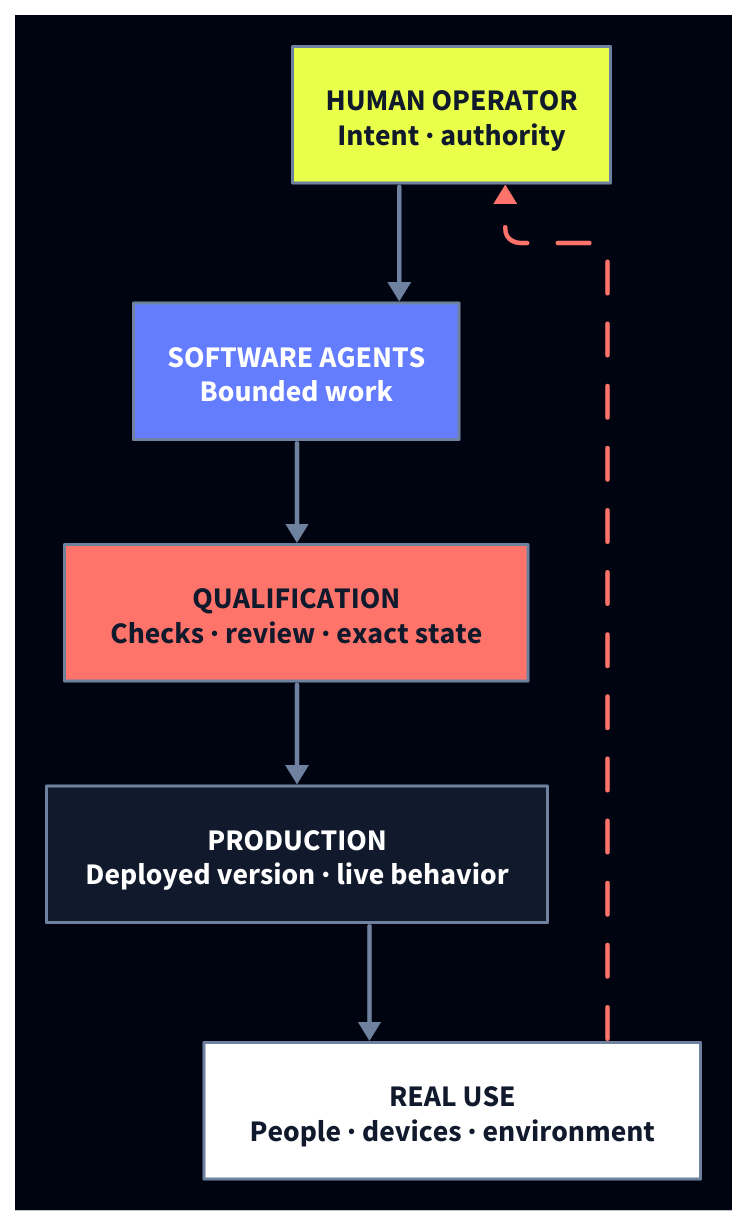
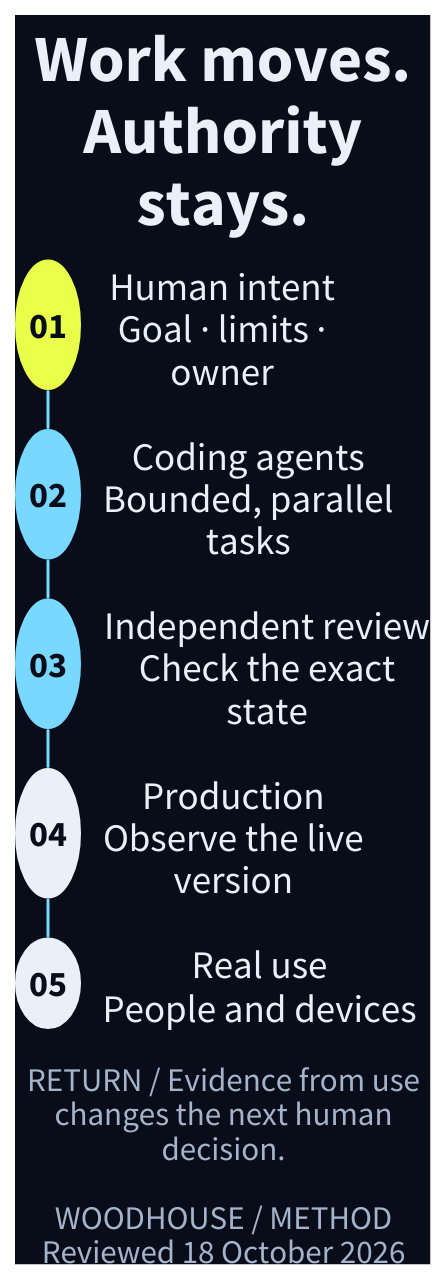
Before and after one commit to loftwah/woodhouse-new: the diagram in public/diagrams/factory-flow-mobile.d2, drawn with D2. The commit also changed 83 other files, not shown here.

Commit message:
Rebuild Woodhouse technical plates and the founding feature

```diff
--- a/public/diagrams/factory-flow-mobile.d2
+++ b/public/diagrams/factory-flow-mobile.d2
@@ -1,59 +1,135 @@
+# Woodhouse authored technical plate. Reviewed 18 October 2026.
+# Shape grammar: text = work; circle = responsibility; diamond = decision;
+# labelled stop = evidence boundary; dashed line = return or conditional path.
+# This is a method/relationship, not a claim that every project passed it.
+vars: {d2-config: {layout-engine: elk; theme-id: 0; pad: 16}}
+style.fill: "#080D19"
 direction: down
-vars: {
-  d2-config: {
-    layout-engine: elk
-    theme-id: 201
-  }
-}
+grid-rows: 5
+grid-columns: 2
+horizontal-gap: 16
+vertical-gap: 28
 
-human: Human operator {
-  label: "HUMAN OPERATOR\nIntent · authority"
-  style.fill: "#E9FF49"
-  style.stroke: "#6E819F"
-  style.stroke-width: 2
-  style.font-color: "#111A2C"
-  style.font-size: 20
+plate_title: "Work moves.\nAuthority\nstays." {
+  shape: text
+  style.font-color: "#EAF0FA"
+  style.font-size: 44
+  style.fill: "transparent"
+  style.stroke: "#EAF0FA"
+  style.stroke-width: 0
   style.bold: true
 }
-agents: Software agents {
-  label: "SOFTWARE AGENTS\nBounded work"
-  style.fill: "#647DFF"
-  style.stroke: "#6E819F"
+plate_title.near: top-center
+r0: "01" {
+  label.near: center-center
+  shape: circle
+  style.font-color: "#080D19"
+  style.font-size: 24
+  style.fill: "#E9FF49"
+  style.stroke: "#E9FF49"
   style.stroke-width: 2
-  style.font-color: "#FFFFFF"
-  style.font-size: 20
+  width: 42
+  height: 42
   style.bold: true
 }
-qualification: Qualification {
-  label: "QUALIFICATION\nChecks · review · exact state"
-  style.fill: "#FF746A"
-  style.stroke: "#6E819F"
+t0: "Human intent\nGoal · limits ·\nowner" {
+  shape: text
+  style.font-color: "#EAF0FA"
+  style.font-size: 26
+  style.fill: "transparent"
+  style.stroke: "#EAF0FA"
+  style.stroke-width: 0
+}
+r1: "02" {
+  label.near: center-center
+  shape: circle
+  style.font-color: "#080D19"
+  style.font-size: 24
+  style.fill: "#79D8FF"
+  style.stroke: "#79D8FF"
   style.stroke-width: 2
-  style.font-color: "#111A2C"
-  style.font-size: 20
+  width: 42
+  height: 42
   style.bold: true
 }
-release: Production release {
-  label: "PRODUCTION\nDeployed version · live behavior"
-  style.fill: "#111A2C"
-  style.stroke: "#6E819F"
+t1: "Coding agents\nBounded, parallel\ntasks" {
+  shape: text
+  style.font-color: "#EAF0FA"
+  style.font-size: 26
+  style.fill: "transparent"
+  style.stroke: "#EAF0FA"
+  style.stroke-width: 0
+}
+r2: "03" {
+  label.near: center-center
+  shape: circle
+  style.font-color: "#080D19"
+  style.font-size: 24
+  style.fill: "#79D8FF"
+  style.stroke: "#79D8FF"
   style.stroke-width: 2
-  style.font-color: "#FFFFFF"
-  style.font-size: 20
+  width: 42
+  height: 42
   style.bold: true
 }
-reality: Real use {
-  label: "REAL USE\nPeople · devices · environment"
-  style.fill: "#FFFFFF"
-  style.stroke: "#6E819F"
+t2: "Independent review\nCheck the exact\nstate" {
+  shape: text
+  style.font-color: "#EAF0FA"
+  style.font-size: 26
+  style.fill: "transparent"
+  style.stroke: "#EAF0FA"
+  style.stroke-width: 0
+}
+r3: "04" {
+  label.near: center-center
+  shape: circle
+  style.font-color: "#080D19"
+  style.font-size: 24
+  style.fill: "#EAF0FA"
+  style.stroke: "#EAF0FA"
   style.stroke-width: 2
-  style.font-color: "#111A2C"
-  style.font-size: 20
+  width: 42
+  height: 42
   style.bold: true
 }
-
-human -> agents {style.stroke: "#6E819F"; style.stroke-width: 3; style.font-size: 16}
-agents -> qualification {style.stroke: "#6E819F"; style.stroke-width: 3; style.font-size: 16}
-qualification -> release {style.stroke: "#6E819F"; style.stroke-width: 3; style.font-size: 16}
-release -> reality {style.stroke: "#6E819F"; style.stroke-width: 3; style.font-size: 16}
-reality -> human {style.stroke: "#FF746A"; style.stroke-width: 3; style.stroke-dash: 7; style.font-size: 16}
+t3: "Production\nObserve the live\nversion" {
+  shape: text
+  style.font-color: "#EAF0FA"
+  style.font-size: 26
+  style.fill: "transparent"
+  style.stroke: "#EAF0FA"
+  style.stroke-width: 0
+}
+r4: "05" {
+  label.near: center-center
+  shape: circle
+  style.font-color: "#080D19"
+  style.font-size: 24
+  style.fill: "#EAF0FA"
+  style.stroke: "#EAF0FA"
+  style.stroke-width: 2
+  width: 42
+  height: 42
+  style.bold: true
+}
+t4: "Real use\nPeople and devices" {
+  shape: text
+  style.font-color: "#EAF0FA"
+  style.font-size: 26
+  style.fill: "transparent"
+  style.stroke: "#EAF0FA"
+  style.stroke-width: 0
+}
+r0 -> r1: "" {style.stroke: "#79D8FF"; style.stroke-width: 2; style.font-color: "#79D8FF"; style.font-size: 22; target-arrowhead.shape: none;}
+r1 -> r2: "" {style.stroke: "#79D8FF"; style.stroke-width: 2; style.font-color: "#79D8FF"; style.font-size: 22; target-arrowhead.shape: none;}
+r2 -> r3: "" {style.stroke: "#79D8FF"; style.stroke-width: 2; style.font-color: "#79D8FF"; style.font-size: 22; target-arrowhead.shape: none;}
+r3 -> r4: "" {style.stroke: "#79D8FF"; style.stroke-width: 2; style.font-color: "#79D8FF"; style.font-size: 22; target-arrowhead.shape: none;}
+plate_note: "RETURN / Evidence from use\nchanges the next human\ndecision.\n\nWOODHOUSE / METHOD\nReviewed 18 October 2026" {
+  shape: text
+  style.font-color: "#A6B4CB"
+  style.font-size: 22
+  style.fill: "transparent"
+  style.stroke: "#A6B4CB"
+  style.stroke-width: 0
+}
+plate_note.near: bottom-center
```
